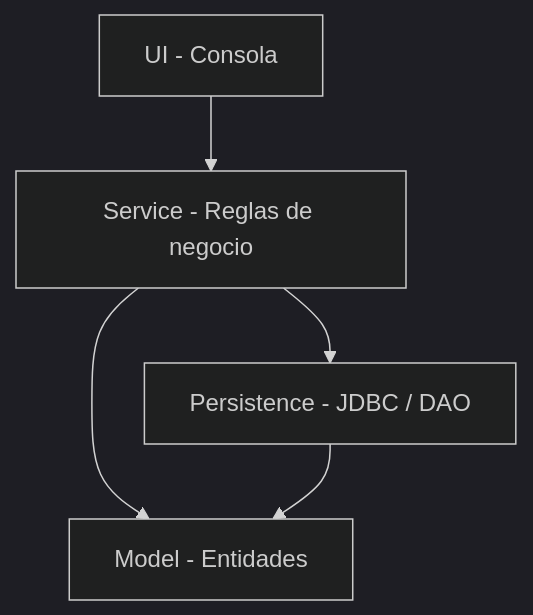
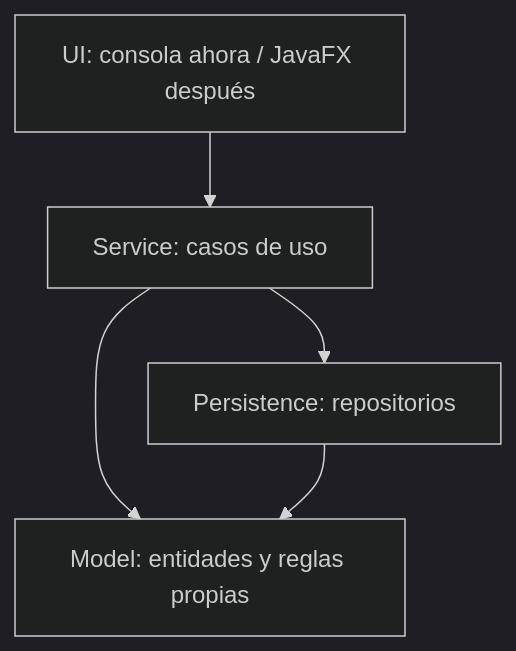
One commit to carloscamelo2008-lang/la-exclusiva-p3 changed the diagram in docs/fase-2/arquitectura-inicial.md. Above: the diagram before and after it, drawn with Mermaid (dark theme). The commit also changed other lines of this file and 8 other files, not shown here.

````diff
--- a/docs/fase-2/arquitectura-inicial.md
+++ b/docs/fase-2/arquitectura-inicial.md
@@ -26,7 +39,7 @@
-```mermaid
+~~~~mermaid
 flowchart TD
-    UI["UI - Consola"] --> SERVICE["Service - Reglas de negocio"]
-    SERVICE --> PERSISTENCE["Persistence - JDBC / DAO"]
-    SERVICE --> MODEL["Model - Entidades"]
+    UI["UI: consola ahora / JavaFX después"] --> SERVICE["Service: casos de uso"]
+    SERVICE --> MODEL["Model: entidades y reglas propias"]
+    SERVICE --> PERSISTENCE["Persistence: repositorios"]
     PERSISTENCE --> MODEL
-```
+~~~~
````
